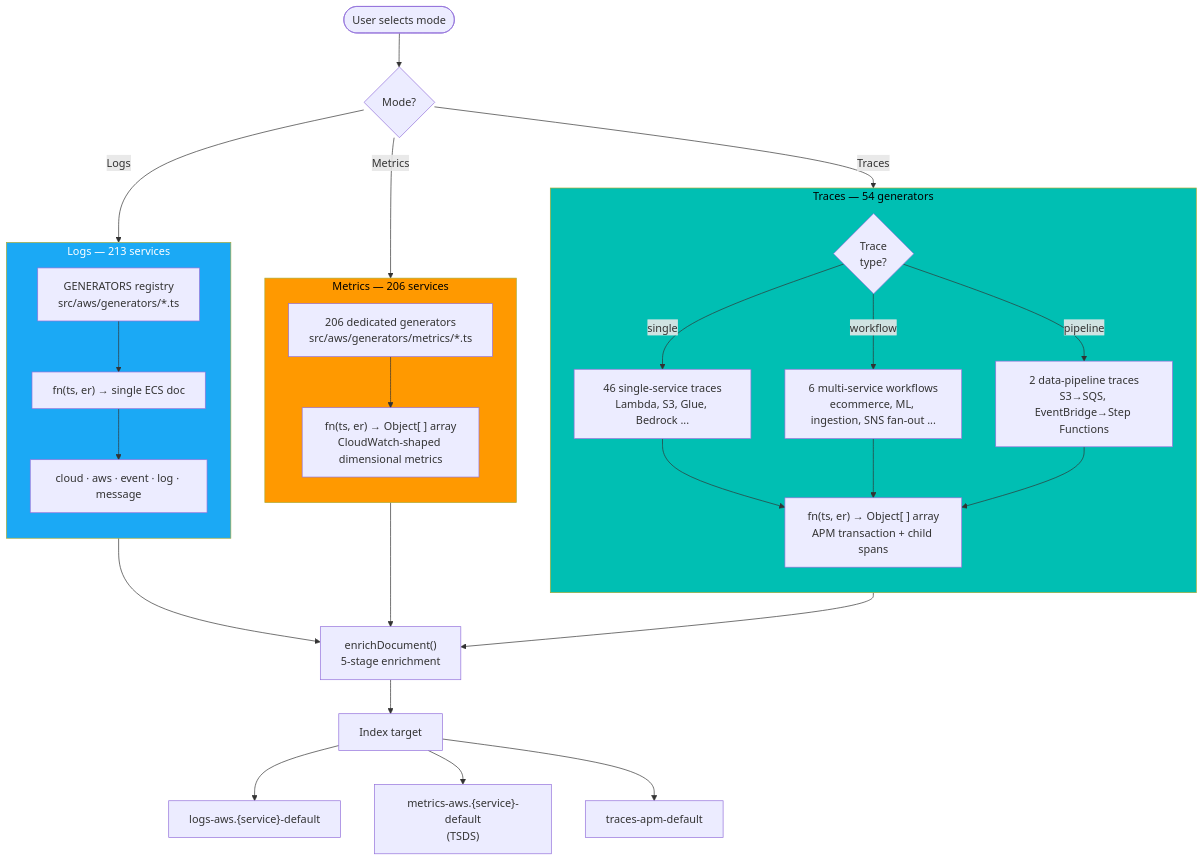
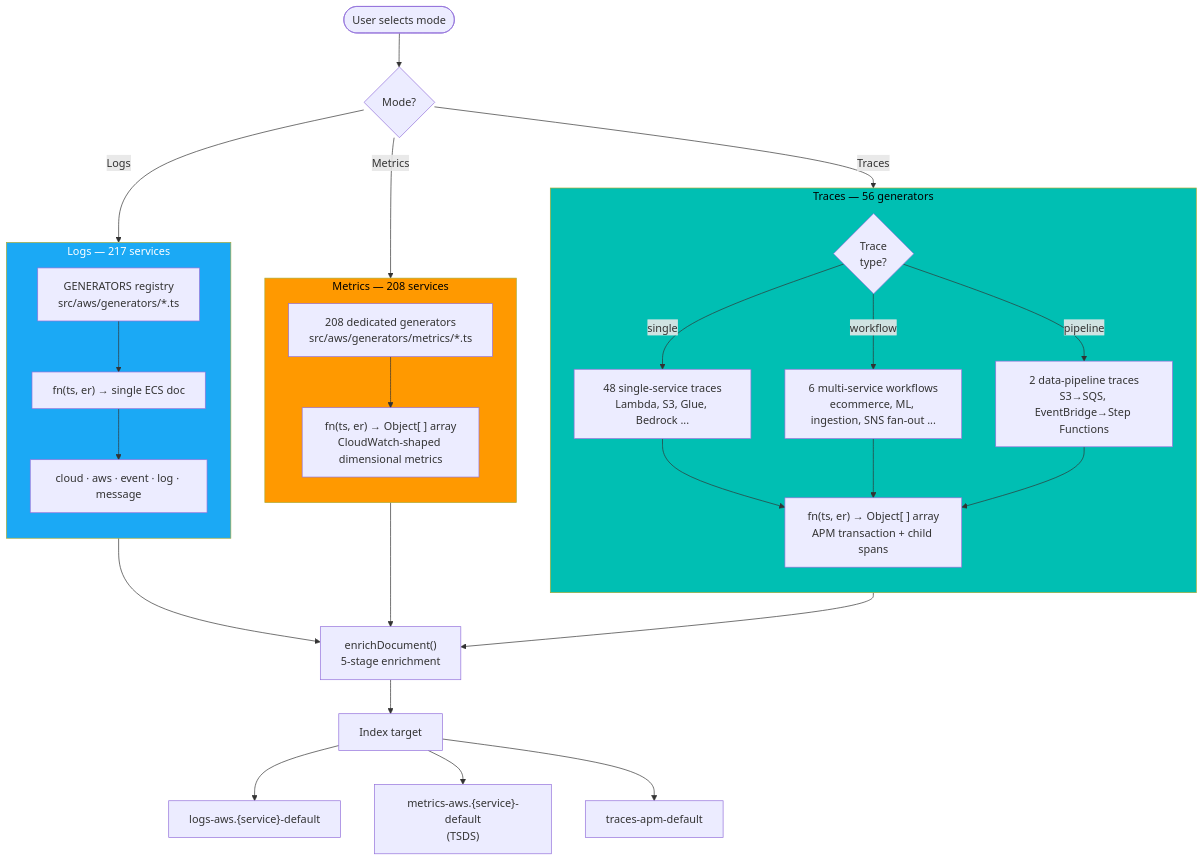
The fifth of 14 diagrams in docs/diagrams.md (rkernutt/cloud-to-elastic-load-generator), drawn with Mermaid before and after one commit. The commit also changed other lines of this file and 5 other files, not shown here.

````diff
--- a/docs/diagrams.md
+++ b/docs/diagrams.md
@@ -338,51 +338,51 @@
 ```mermaid
 flowchart TD
     UI(["User selects mode"]) --> SWITCH{"Mode?"}
 
     SWITCH -->|"Logs"| LOGS
     SWITCH -->|"Metrics"| METRICS
     SWITCH -->|"Traces"| TRACES
 
-    subgraph LOGS["Logs — 213 services"]
+    subgraph LOGS["Logs — 217 services"]
         direction TB
         L1["GENERATORS registry\nsrc/aws/generators/*.ts"]
         L2["fn(ts, er) → single ECS doc"]
         L3["cloud · aws · event · log · message"]
         L1 --> L2 --> L3
     end
 
-    subgraph METRICS["Metrics — 206 services"]
+    subgraph METRICS["Metrics — 208 services"]
         direction TB
-        M1["206 dedicated generators\nsrc/aws/generators/metrics/*.ts"]
+        M1["208 dedicated generators\nsrc/aws/generators/metrics/*.ts"]
         M2["fn(ts, er) → Object[ ] array\nCloudWatch-shaped dimensional metrics"]
         M1 --> M2
     end
 
-    subgraph TRACES["Traces — 54 generators"]
+    subgraph TRACES["Traces — 56 generators"]
         direction TB
         T1{"Trace\ntype?"}
-        T2["46 single-service traces\nLambda, S3, Glue, Bedrock ..."]
+        T2["48 single-service traces\nLambda, S3, Glue, Bedrock ..."]
         T3["6 multi-service workflows\necommerce, ML, ingestion, SNS fan-out ..."]
         T4["2 data-pipeline traces\nS3→SQS, EventBridge→Step Functions"]
         T5["fn(ts, er) → Object[ ] array\nAPM transaction + child spans"]
         T1 -->|"single"| T2 --> T5
         T1 -->|"workflow"| T3 --> T5
         T1 -->|"pipeline"| T4 --> T5
     end
 
     LOGS --> ENR
     METRICS --> ENR
     TRACES --> ENR
 
     ENR["enrichDocument()\n5-stage enrichment"]
     ENR --> IDX
 
     IDX["Index target"]
     IDX --> IDX_L["logs-aws.{service}-default"]
     IDX --> IDX_M["metrics-aws.{service}-default\n(TSDS)"]
     IDX --> IDX_T["traces-apm-default"]
 
     style LOGS fill:#1BA9F5,color:#fff
     style METRICS fill:#FF9900,color:#000
     style TRACES fill:#00BFB3,color:#000
 ```
````
